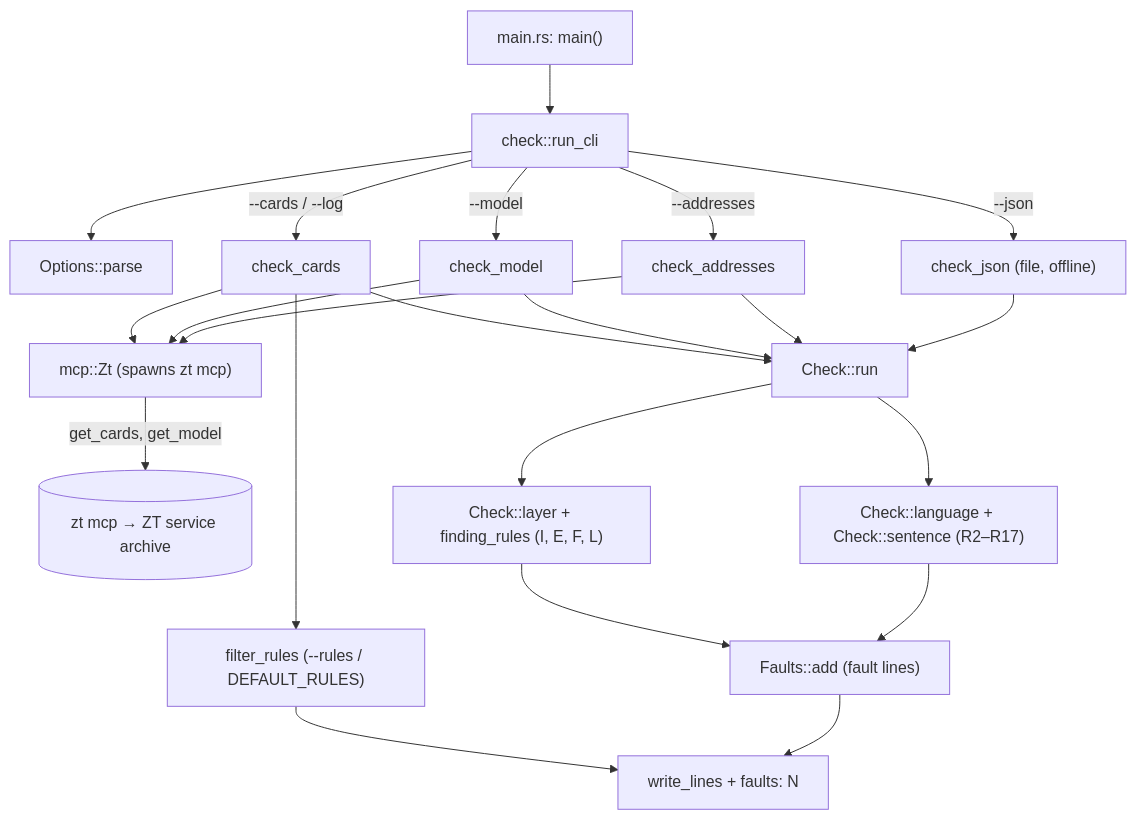
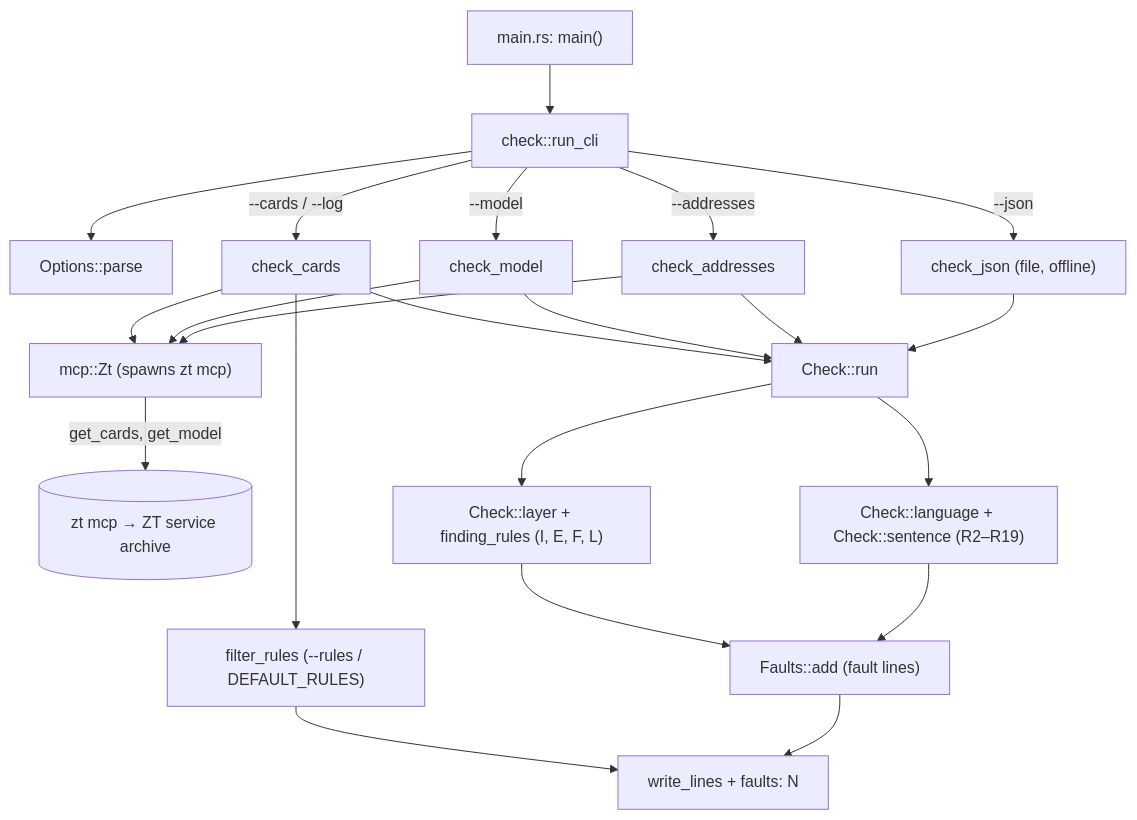
Before and after one commit to liudesheng9/zet: the diagram in docs/wiki/zt-check.md, drawn with Mermaid. The commit also changed other lines of this file and 15 other files, not shown here.

````diff
--- a/docs/wiki/zt-check.md
+++ b/docs/wiki/zt-check.md
@@ -56,18 +56,18 @@
 ```mermaid
 flowchart TD
     main["main.rs: main()"] --> cli["check::run_cli"]
     cli --> parse["Options::parse"]
     cli -->|--json| cj["check_json (file, offline)"]
     cli -->|--addresses| ca["check_addresses"]
     cli -->|--model| cm["check_model"]
     cli -->|--cards / --log| cc["check_cards"]
     ca & cm & cc --> zt["mcp::Zt (spawns zt mcp)"]
     zt -->|get_cards, get_model| server[("zt mcp → ZT service archive")]
     cj & ca & cm & cc --> run["Check::run"]
-    run --> lang["Check::language + Check::sentence (R2–R17)"]
+    run --> lang["Check::language + Check::sentence (R2–R19)"]
     run --> layer["Check::layer + finding_rules (I, E, F, L)"]
     lang & layer --> faults["Faults::add (fault lines)"]
     cc --> filter["filter_rules (--rules / DEFAULT_RULES)"]
     faults --> out["write_lines + faults: N"]
     filter --> out
 ```
````
